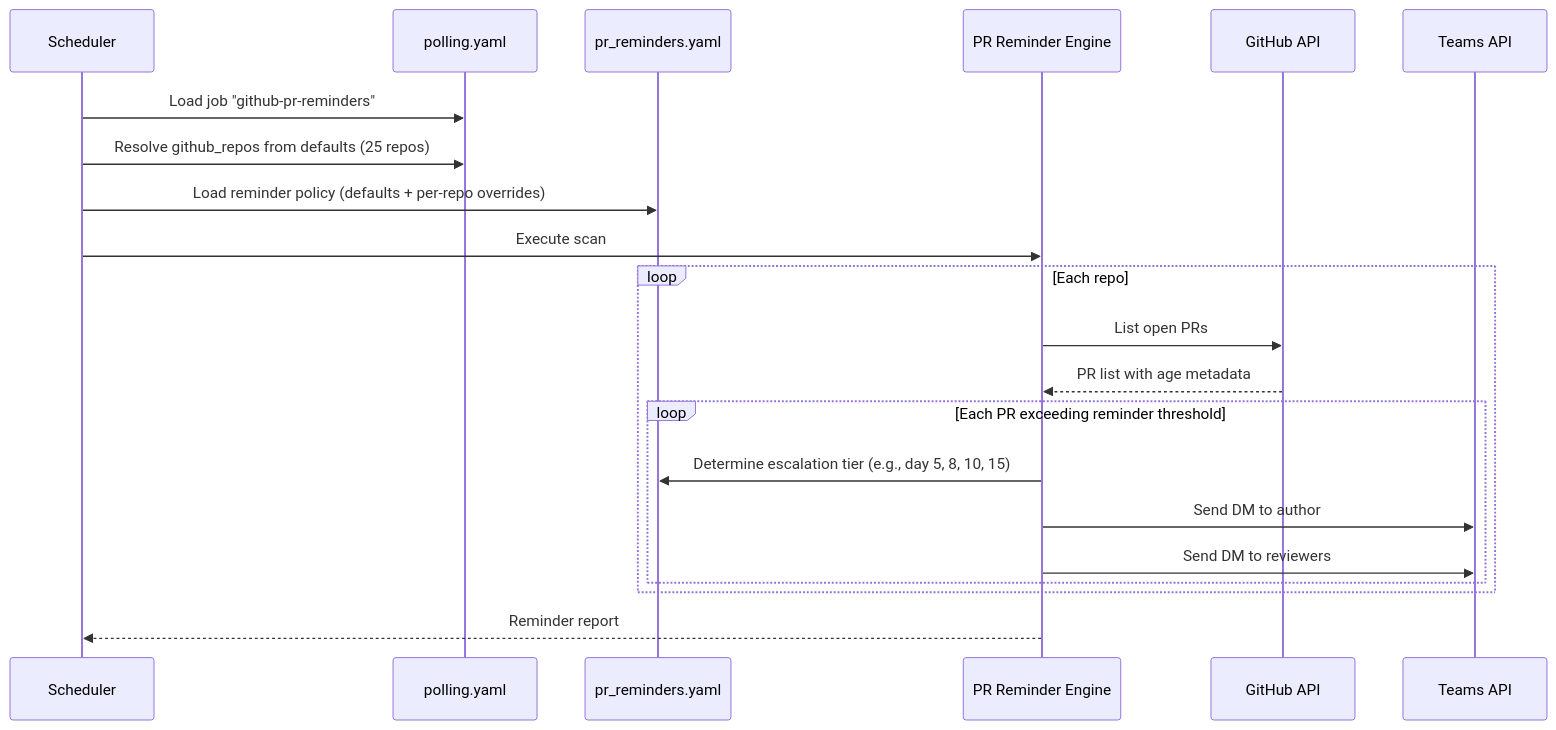
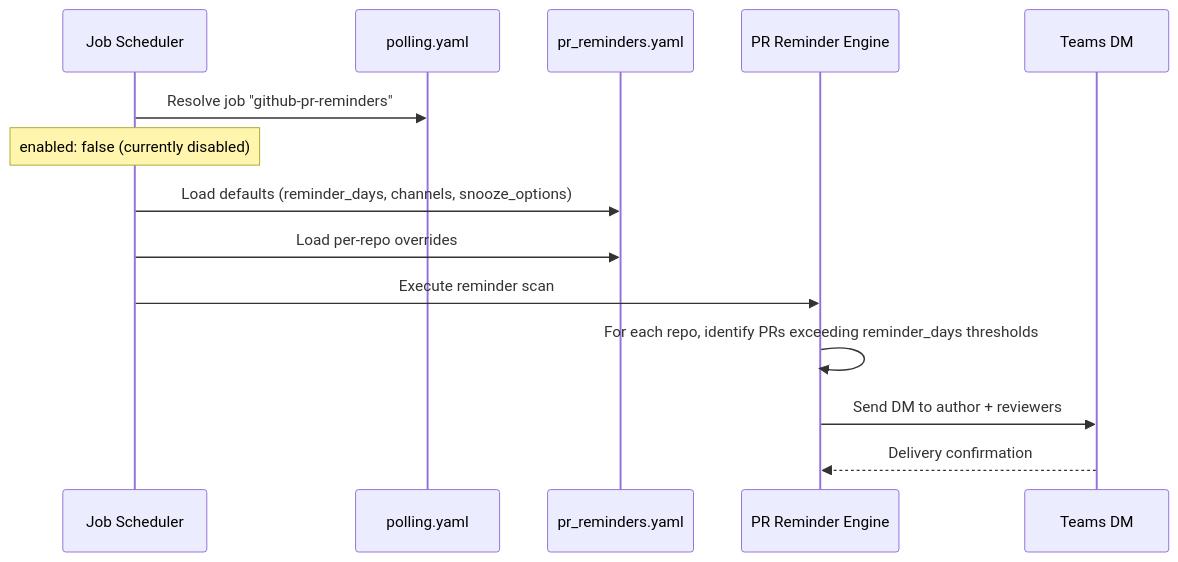
The fourth of 4 diagrams in docs/agents-drucker-config.md (jmac-cornelis/agent-workforce), drawn with Mermaid before and after one commit. The commit also changed other lines of this file and 7 other files, not shown here.

````diff
--- a/docs/agents-drucker-config.md
+++ b/docs/agents-drucker-config.md
@@ -120,24 +108,17 @@
 ```mermaid
 sequenceDiagram
-    participant S as Scheduler
+    participant S as Job Scheduler
     participant P as polling.yaml
     participant R as pr_reminders.yaml
     participant E as PR Reminder Engine
-    participant GH as GitHub API
-    participant T as Teams API
+    participant T as Teams DM
 
-    S->>P: Load job "github-pr-reminders"
-    S->>P: Resolve github_repos from defaults (25 repos)
-    S->>R: Load reminder policy (defaults + per-repo overrides)
-    S->>E: Execute scan
-    loop Each repo
-        E->>GH: List open PRs
-        GH-->>E: PR list with age metadata
-        loop Each PR exceeding reminder threshold
-            E->>R: Determine escalation tier (e.g., day 5, 8, 10, 15)
-            E->>T: Send DM to author
-            E->>T: Send DM to reviewers
-        end
-    end
-    E-->>S: Reminder report
+    S->>P: Resolve job "github-pr-reminders"
+    Note over S: enabled: false (currently disabled)
+    S->>R: Load defaults (reminder_days, channels, snooze_options)
+    S->>R: Load per-repo overrides
+    S->>E: Execute reminder scan
+    E->>E: For each repo, identify PRs exceeding reminder_days thresholds
+    E->>T: Send DM to author + reviewers
+    T-->>E: Delivery confirmation
 ```
````
